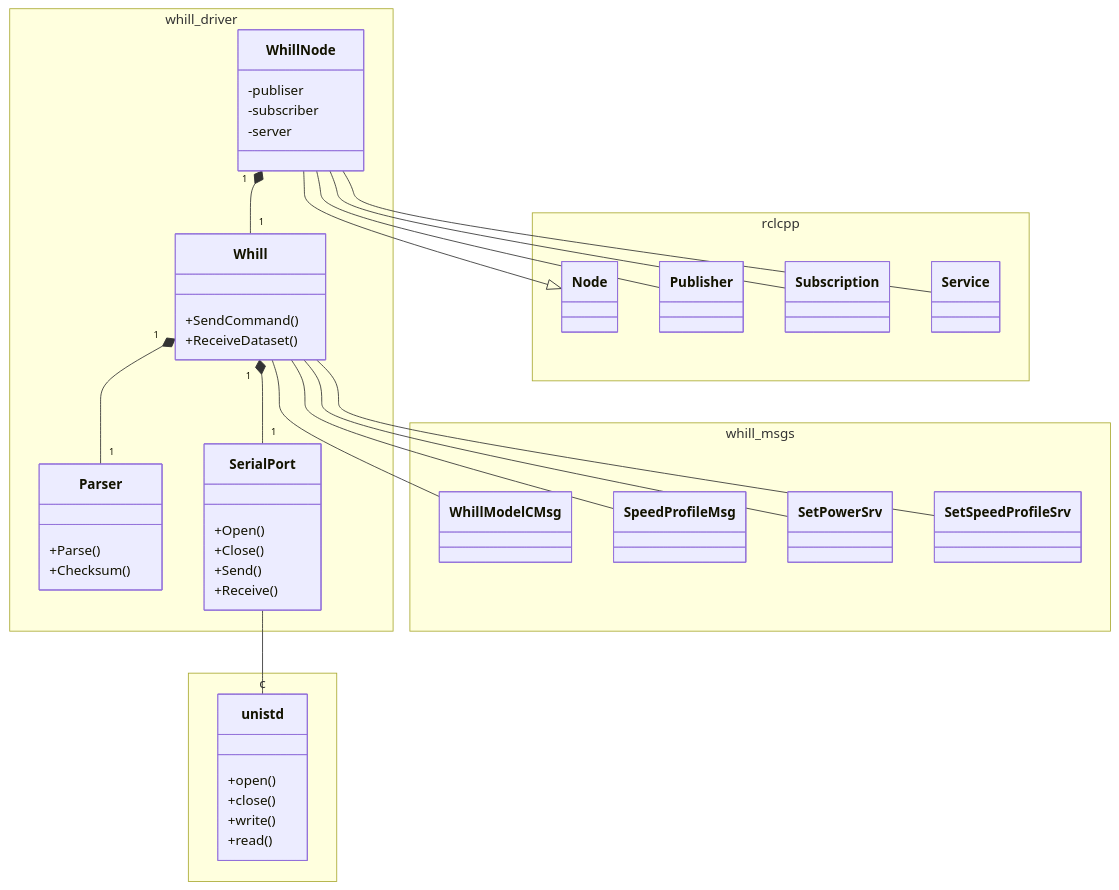
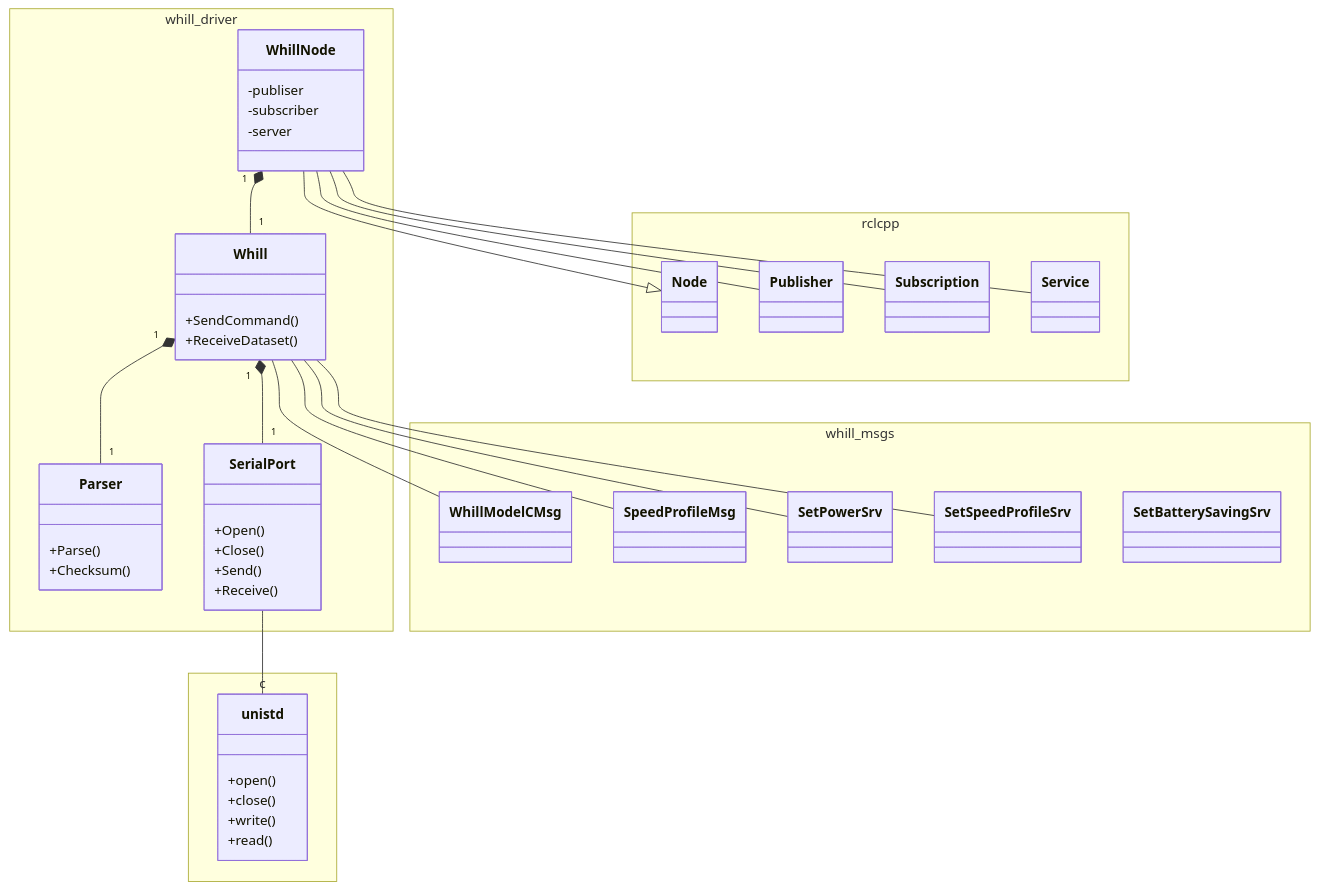
Before and after one commit to TorajiTakeuti/ros2_whill: the diagram in whill_driver/README.md, drawn with Mermaid. The commit also changed 5 other files, not shown here.

Commit message:
Add SetBatterySaving service

````diff
--- a/whill_driver/README.md
+++ b/whill_driver/README.md
@@ -12,69 +12,71 @@
 ```mermaid
 classDiagram
 
 namespace whill_driver {
     class WhillNode{
         -publiser
         -subscriber
         -server
     }
     class Whill{
         +SendCommand()
         +ReceiveDataset()
     }
     class Parser{
         +Parse()
         +Checksum()
     }
     class SerialPort{
         +Open()
         +Close()
         +Send()
         +Receive()
     }
 }
 
 namespace rclcpp {
     class Node{
     }
     class Publisher{
     }
     class Subscription{
     }
     class Service{
     }
 }
 
 namespace whill_msgs {
     class WhillModelCMsg{        
     }
     class SpeedProfileMsg{        
     }
     class SetPowerSrv{
     }
     class SetSpeedProfileSrv{
     }
+    class SetBatterySavingSrv{
+    }
 }
 
 namespace c {
     class unistd{
         +open()
         +close()
         +write()
         +read()
     }
 }
 
 WhillNode --|> Node
 WhillNode -- Publisher
 WhillNode -- Subscription
 WhillNode -- Service
 WhillNode "1" *-- "1" Whill
 Whill "1" *-- "1" Parser
 Whill "1" *-- "1" SerialPort
 SerialPort -- unistd
 Whill -- WhillModelCMsg
 Whill -- SpeedProfileMsg
 Whill -- SetPowerSrv
 Whill -- SetSpeedProfileSrv
 ```
````
